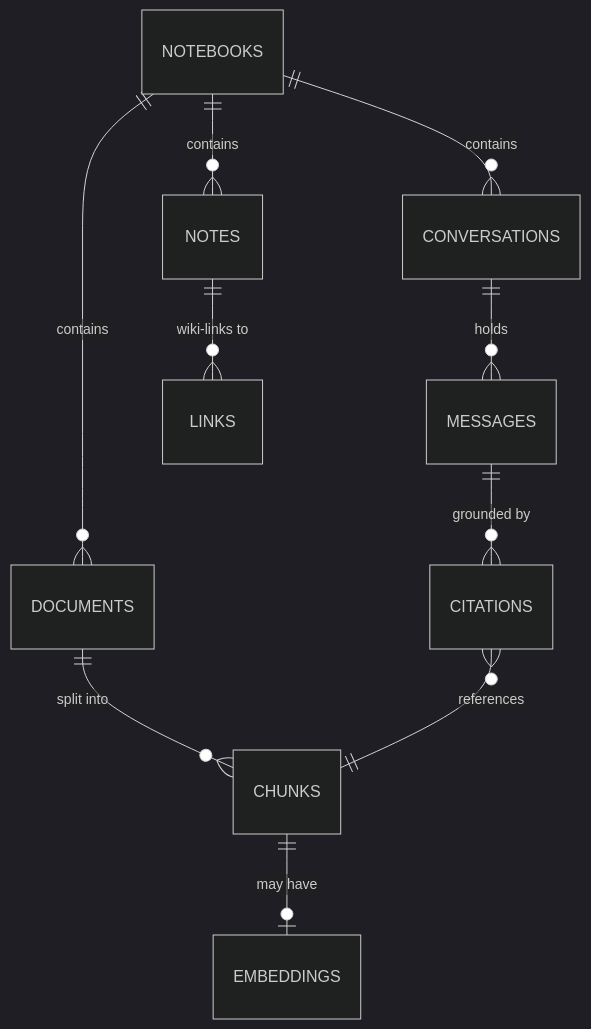
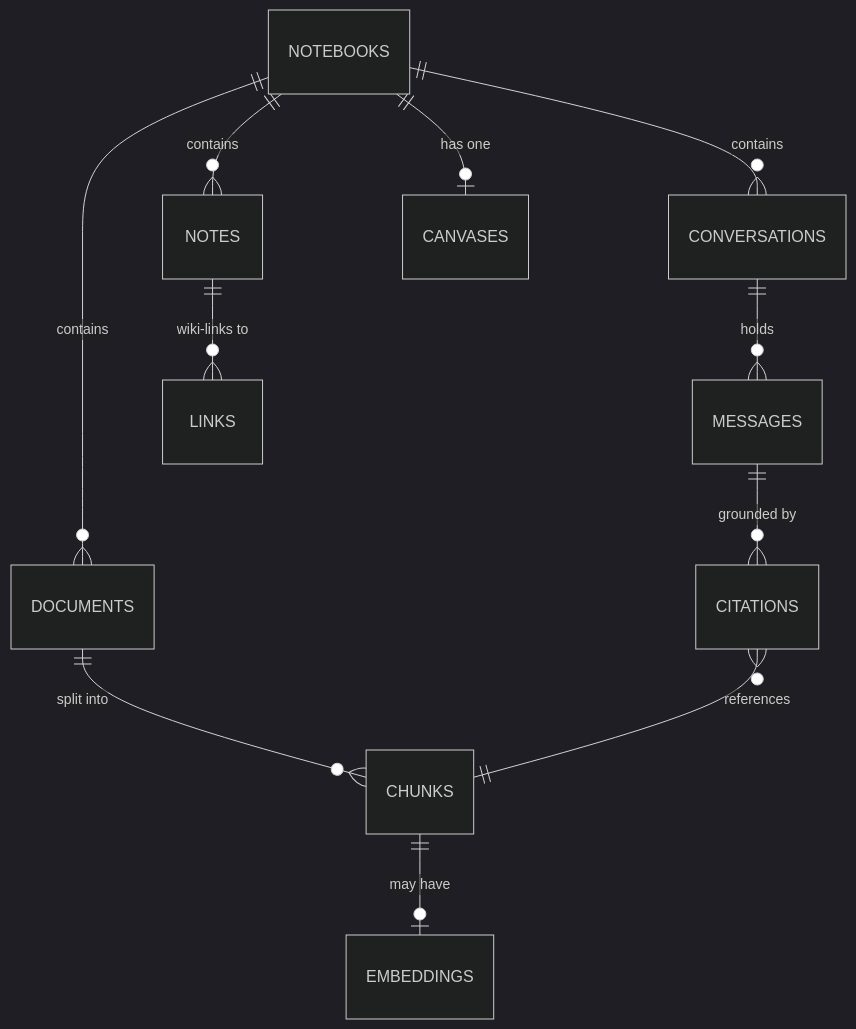
One commit to Amey-Thakur/NotebookLab changed the fourth of 4 diagrams in docs/ARCHITECTURE.md. Above: the diagram before and after it, drawn with Mermaid (dark theme). The commit also changed other lines of this file and 9 other files, not shown here.

````diff
--- a/docs/ARCHITECTURE.md
+++ b/docs/ARCHITECTURE.md
@@ -131,12 +131,13 @@
 ```mermaid
 erDiagram
     NOTEBOOKS ||--o{ DOCUMENTS : contains
     NOTEBOOKS ||--o{ NOTES : contains
     NOTEBOOKS ||--o{ CONVERSATIONS : contains
+    NOTEBOOKS ||--o| CANVASES : "has one"
     DOCUMENTS ||--o{ CHUNKS : "split into"
     CHUNKS ||--o| EMBEDDINGS : "may have"
     CONVERSATIONS ||--o{ MESSAGES : holds
     MESSAGES ||--o{ CITATIONS : "grounded by"
     CITATIONS }o--|| CHUNKS : references
     NOTES ||--o{ LINKS : "wiki-links to"
 ```
````
